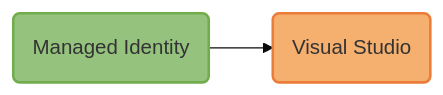
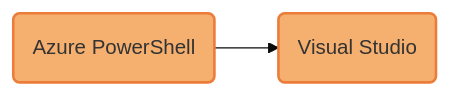
The diagram in docs/azure/sdk/media/mermaidjs/ChainedTokenCredentialAuthFlow.md (dotnet/docs), drawn with Mermaid before and after one commit. The commit also changed 5 other files, not shown here.

Commit message:
Diagram updates

````diff
--- a/docs/azure/sdk/media/mermaidjs/ChainedTokenCredentialAuthFlow.md
+++ b/docs/azure/sdk/media/mermaidjs/ChainedTokenCredentialAuthFlow.md
@@ -6,24 +6,23 @@
 ```mermaid
 %% STEPS TO GENERATE IMAGE
 %% =======================
 %% 1. Install mermaid CLI v10.9.1 (see https://github.com/mermaid-js/mermaid-cli/blob/master/README.md):
 %%    npm i -g @mermaid-js/mermaid-cli@10.9.1
 %% 2. Run command: mmdc -i ChainedTokenCredentialAuthFlow.md -o ../../media/mermaidjs/ChainedTokenCredentialAuthFlow.svg
 
 %%{
   init: {
     'theme': 'base',
     'themeVariables': {
       'tertiaryBorderColor': '#fff',
       'tertiaryColor': '#fff'
     }
   }
 }%%
 
 flowchart LR;
-    C(Managed Identity):::deployed --> D(Visual Studio):::developer;
+    F(Azure PowerShell):::developer --> D(Visual Studio):::developer;
 
     %% Define styles for credential type boxes
-    classDef deployed fill:#95C37E, stroke:#71AD4C, stroke-width:2px;
     classDef developer fill:#F5AF6F, stroke:#EB7C39, stroke-width:2px;
 ```
````
